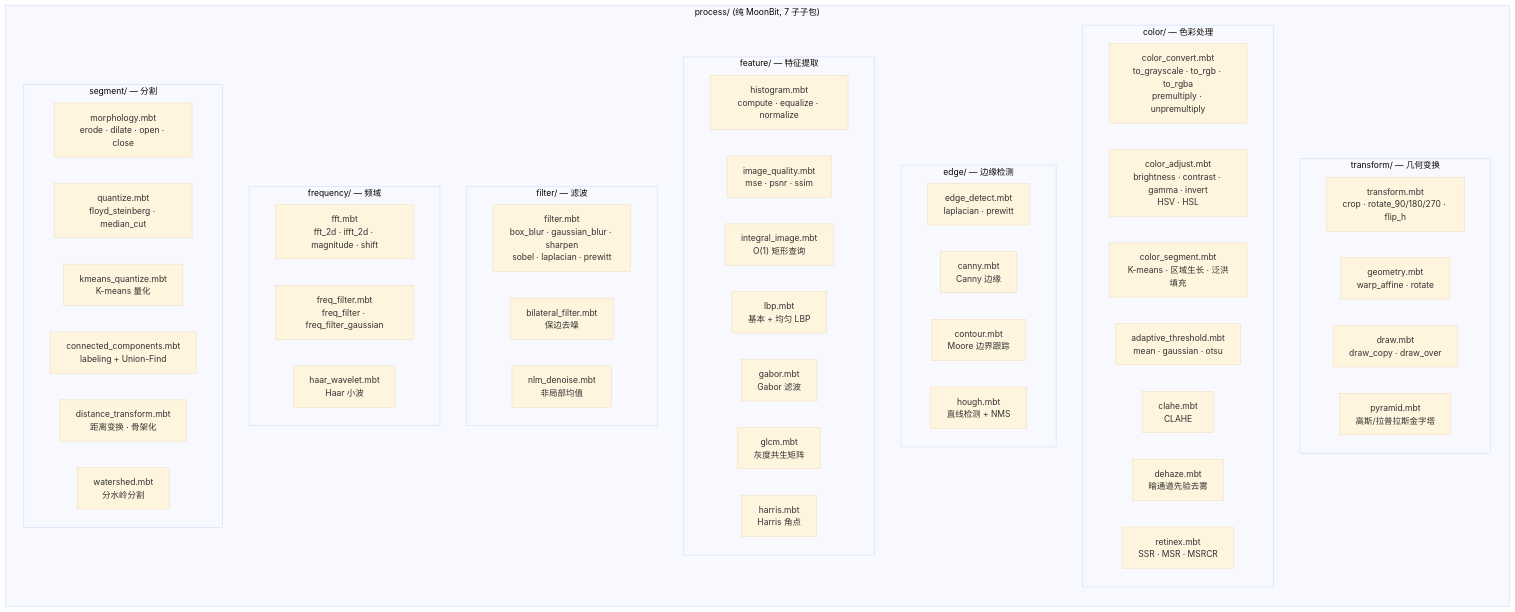
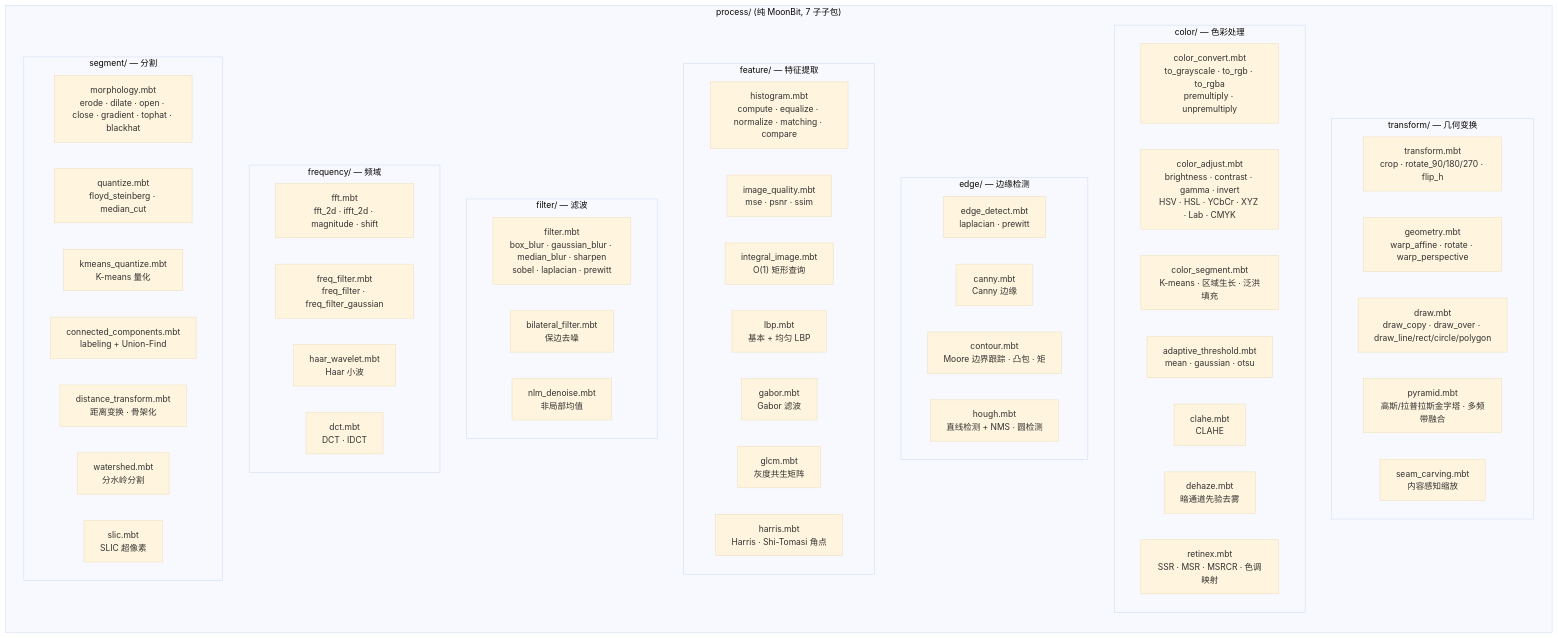
Before and after one commit to toadium/stb-image: the seventh of 14 diagrams in docs/architecture.md, drawn with Mermaid (base theme). The commit also changed other lines of this file and 132 other files, not shown here.

````diff
--- a/docs/architecture.md
+++ b/docs/architecture.md
@@ -225,54 +217,57 @@
 ```mermaid
 flowchart TB
     subgraph ProcPkg["process/ (纯 MoonBit, 7 子子包)"]
         direction TB
         subgraph TransformSub["transform/ — 几何变换"]
             T1["transform.mbt<br/>crop · rotate_90/180/270 · flip_h"]
-            T2["geometry.mbt<br/>warp_affine · rotate"]
-            T3["draw.mbt<br/>draw_copy · draw_over"]
-            T4["pyramid.mbt<br/>高斯/拉普拉斯金字塔"]
+            T2["geometry.mbt<br/>warp_affine · rotate · warp_perspective"]
+            T3["draw.mbt<br/>draw_copy · draw_over · draw_line/rect/circle/polygon"]
+            T4["pyramid.mbt<br/>高斯/拉普拉斯金字塔 · 多频带融合"]
+            T5["seam_carving.mbt<br/>内容感知缩放"]
         end
         subgraph ColorSub["color/ — 色彩处理"]
             C1["color_convert.mbt<br/>to_grayscale · to_rgb · to_rgba<br/>premultiply · unpremultiply"]
-            C2["color_adjust.mbt<br/>brightness · contrast · gamma · invert<br/>HSV · HSL"]
+            C2["color_adjust.mbt<br/>brightness · contrast · gamma · invert<br/>HSV · HSL · YCbCr · XYZ · Lab · CMYK"]
             C3["color_segment.mbt<br/>K-means · 区域生长 · 泛洪填充"]
             C4["adaptive_threshold.mbt<br/>mean · gaussian · otsu"]
             C5["clahe.mbt<br/>CLAHE"]
             C6["dehaze.mbt<br/>暗通道先验去雾"]
-            C7["retinex.mbt<br/>SSR · MSR · MSRCR"]
+            C7["retinex.mbt<br/>SSR · MSR · MSRCR · 色调映射"]
         end
         subgraph EdgeSub["edge/ — 边缘检测"]
             E1["edge_detect.mbt<br/>laplacian · prewitt"]
             E2["canny.mbt<br/>Canny 边缘"]
-            E3["contour.mbt<br/>Moore 边界跟踪"]
-            E4["hough.mbt<br/>直线检测 + NMS"]
+            E3["contour.mbt<br/>Moore 边界跟踪 · 凸包 · 矩"]
+            E4["hough.mbt<br/>直线检测 + NMS · 圆检测"]
         end
         subgraph FeatureSub["feature/ — 特征提取"]
-            F1["histogram.mbt<br/>compute · equalize · normalize"]
+            F1["histogram.mbt<br/>compute · equalize · normalize · matching · compare"]
             F2["image_quality.mbt<br/>mse · psnr · ssim"]
             F3["integral_image.mbt<br/>O(1) 矩形查询"]
             F4["lbp.mbt<br/>基本 + 均匀 LBP"]
             F5["gabor.mbt<br/>Gabor 滤波"]
             F6["glcm.mbt<br/>灰度共生矩阵"]
-            F7["harris.mbt<br/>Harris 角点"]
+            F7["harris.mbt<br/>Harris · Shi-Tomasi 角点"]
         end
         subgraph FilterSub["filter/ — 滤波"]
-            Fi1["filter.mbt<br/>box_blur · gaussian_blur · sharpen<br/>sobel · laplacian · prewitt"]
+            Fi1["filter.mbt<br/>box_blur · gaussian_blur · median_blur · sharpen<br/>sobel · laplacian · prewitt"]
             Fi2["bilateral_filter.mbt<br/>保边去噪"]
             Fi3["nlm_denoise.mbt<br/>非局部均值"]
         end
         subgraph FrequencySub["frequency/ — 频域"]
             Fr1["fft.mbt<br/>fft_2d · ifft_2d · magnitude · shift"]
             Fr2["freq_filter.mbt<br/>freq_filter · freq_filter_gaussian"]
             Fr3["haar_wavelet.mbt<br/>Haar 小波"]
+            Fr4["dct.mbt<br/>DCT · IDCT"]
         end
         subgraph SegmentSub["segment/ — 分割"]
-            S1["morphology.mbt<br/>erode · dilate · open · close"]
+            S1["morphology.mbt<br/>erode · dilate · open · close · gradient · tophat · blackhat"]
             S2["quantize.mbt<br/>floyd_steinberg · median_cut"]
             S3["kmeans_quantize.mbt<br/>K-means 量化"]
             S4["connected_components.mbt<br/>labeling + Union-Find"]
             S5["distance_transform.mbt<br/>距离变换 · 骨架化"]
             S6["watershed.mbt<br/>分水岭分割"]
+            S7["slic.mbt<br/>SLIC 超像素"]
         end
     end
 ```
````
